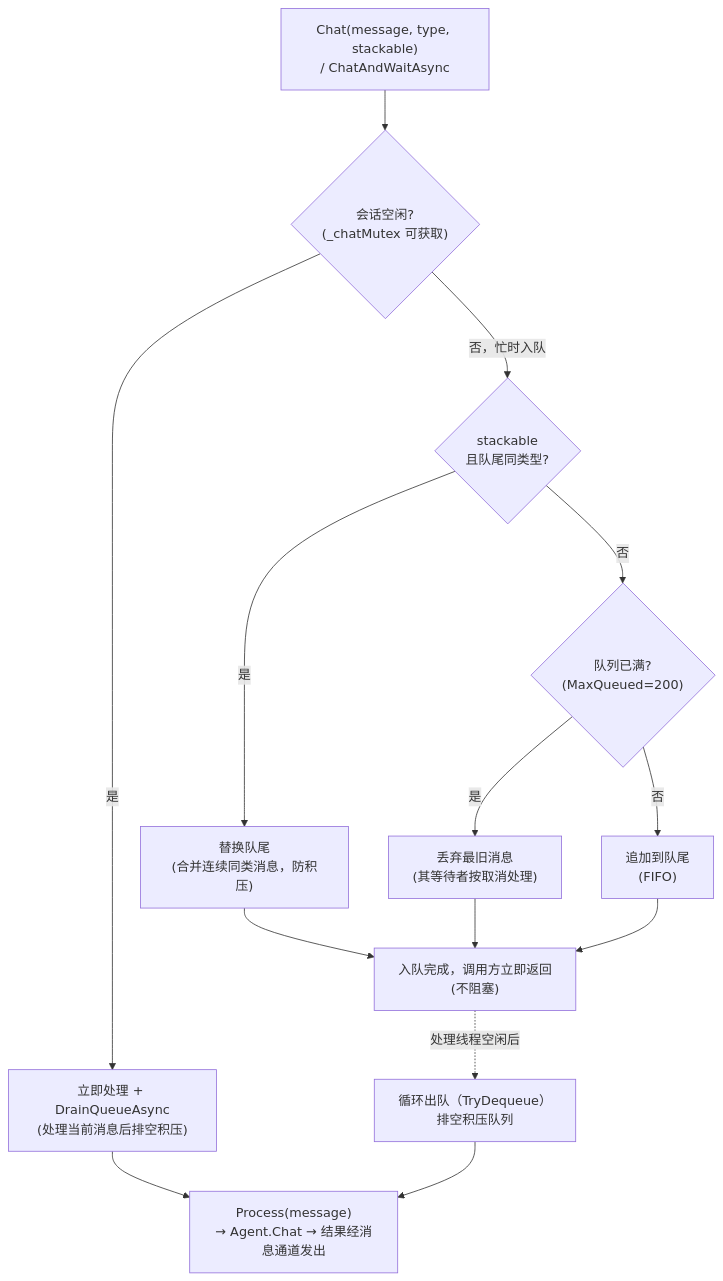
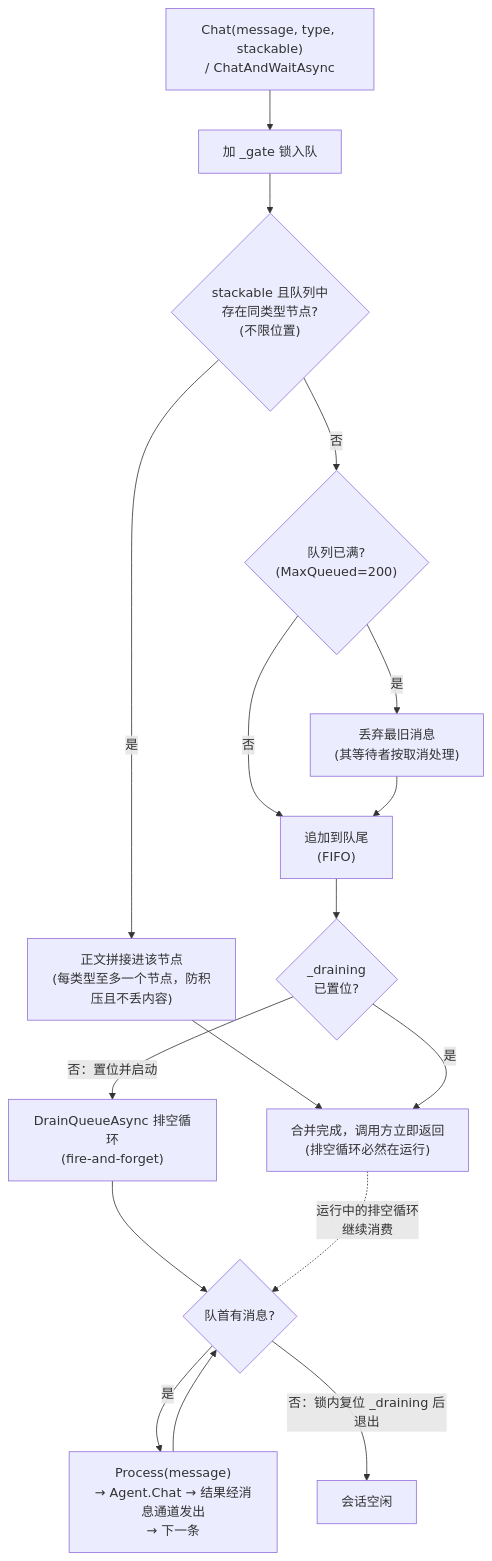
Before and after one commit to 57UU/MerryBot: the second of 3 diagrams in docs/agent/session.md, drawn with Mermaid. The commit also changed other lines of this file and 1 other file, not shown here.

Commit message:
refactor(agent/session): rewrite session queueing and draining logic
Fix race condition in old SemaphoreSlim based session processing,
rewrite to use single gate lock for atomic enqueue/merge and draining
state management.

Improve stackable message merging: merge all existing same-type nodes
instead of only队尾, append message content without dropping old nodes,
preserve full task result data.

Update docs to match new behavior, clarify IsBusy semantics, and fix
queue flow diagram and merge examples.

````diff
--- a/docs/agent/session.md
+++ b/docs/agent/session.md
@@ -114,17 +114,20 @@
 ```mermaid
 flowchart TD
     CALL["Chat(message, type, stackable)<br/>/ ChatAndWaitAsync"]
-    CALL --> IDLE{"会话空闲?<br/>(_chatMutex 可获取)"}
-    IDLE -->|"是"| IMM["立即处理 + DrainQueueAsync<br/>(处理当前消息后排空积压)"]
-    IDLE -->|"否，忙时入队"| Q{"stackable<br/>且队尾同类型?"}
-    Q -->|"是"| R["替换队尾<br/>(合并连续同类消息，防积压)"]
+    CALL --> LOCK["加 _gate 锁入队"]
+    LOCK --> Q{"stackable 且队列中<br/>存在同类型节点?<br/>(不限位置)"}
+    Q -->|"是"| R["正文拼接进该节点<br/>(每类型至多一个节点，防积压且不丢内容)"]
     Q -->|"否"| F{"队列已满?<br/>(MaxQueued=200)"}
     F -->|"是"| D["丢弃最旧消息<br/>(其等待者按取消处理)"]
     F -->|"否"| A["追加到队尾<br/>(FIFO)"]
-    R --> E["入队完成，调用方立即返回<br/>(不阻塞)"]
-    D --> E
-    A --> E
-    IMM --> P1["Process(message)<br/>→ Agent.Chat → 结果经消息通道发出"]
-    E -.->|"处理线程空闲后"| DRAIN["循环出队（TryDequeue）<br/>排空积压队列"]
-    DRAIN --> P1
+    D --> A
+    R --> E["合并完成，调用方立即返回<br/>(排空循环必然在运行)"]
+    A --> START{"_draining<br/>已置位?"}
+    START -->|"否：置位并启动"| DRAIN2["DrainQueueAsync 排空循环<br/>(fire-and-forget)"]
+    START -->|"是"| E
+    DRAIN2 --> LOOP{"队首有消息?"}
+    LOOP -->|"是"| P1["Process(message)<br/>→ Agent.Chat → 结果经消息通道发出<br/>→ 下一条"]
+    LOOP -->|"否：锁内复位 _draining 后退出"| IDLE2["会话空闲"]
+    E -.->|"运行中的排空循环<br/>继续消费"| LOOP
+    P1 --> LOOP
 ```
````
